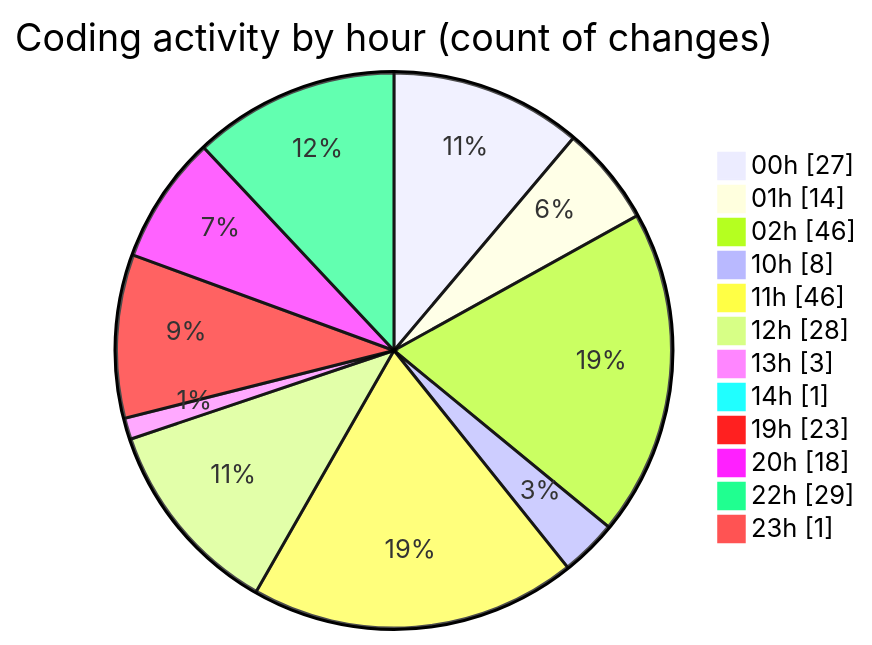
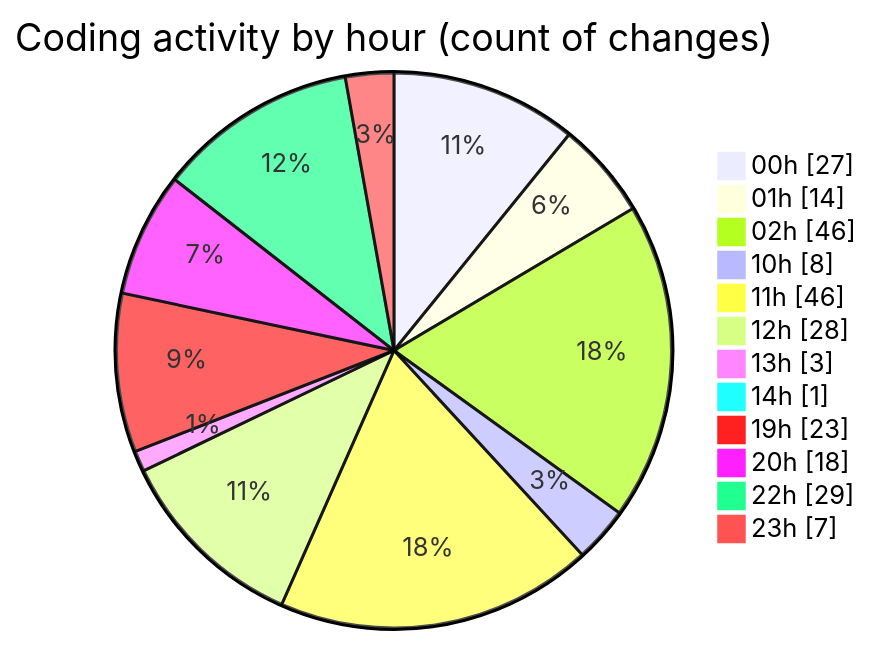
The second of 2 diagrams in 2025-07-17/nhahang/README.md (lephambinh05/code-tracking), drawn with Mermaid before and after one commit. The commit also changed other lines of this file and 1 other file, not shown here.

````diff
--- a/2025-07-17/nhahang/README.md
+++ b/2025-07-17/nhahang/README.md
@@ -103,16 +104,16 @@
 ```mermaid
 pie showData
 title Coding activity by hour (count of changes)
 "00h" : 27
 "01h" : 14
 "02h" : 46
 "10h" : 8
 "11h" : 46
 "12h" : 28
 "13h" : 3
 "14h" : 1
 "19h" : 23
 "20h" : 18
 "22h" : 29
-"23h" : 1
+"23h" : 7
 ```
````
